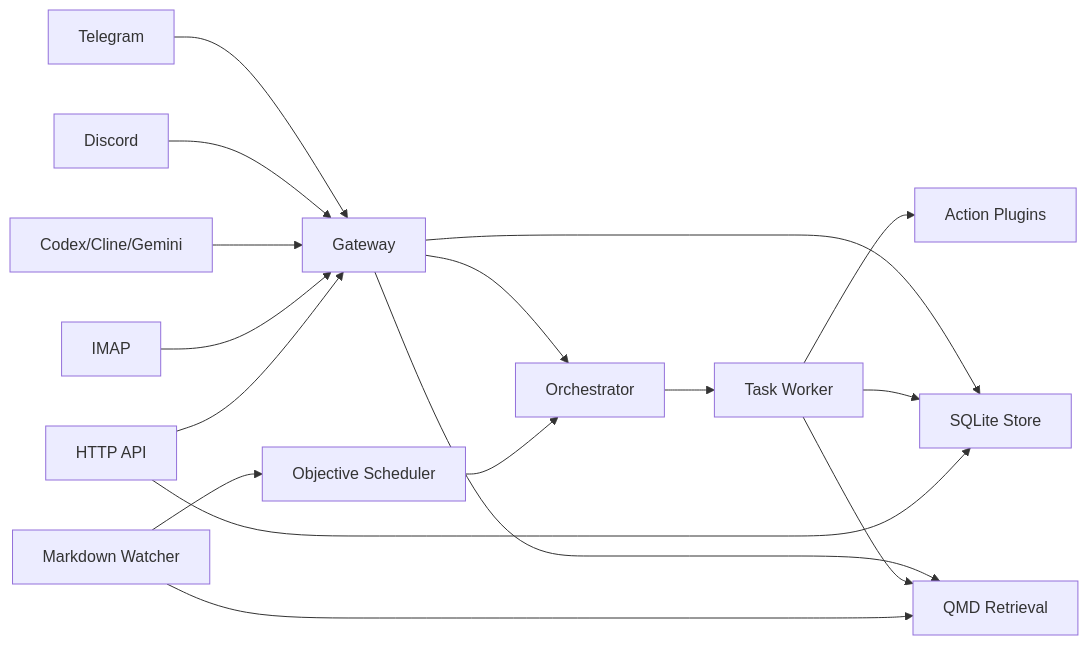
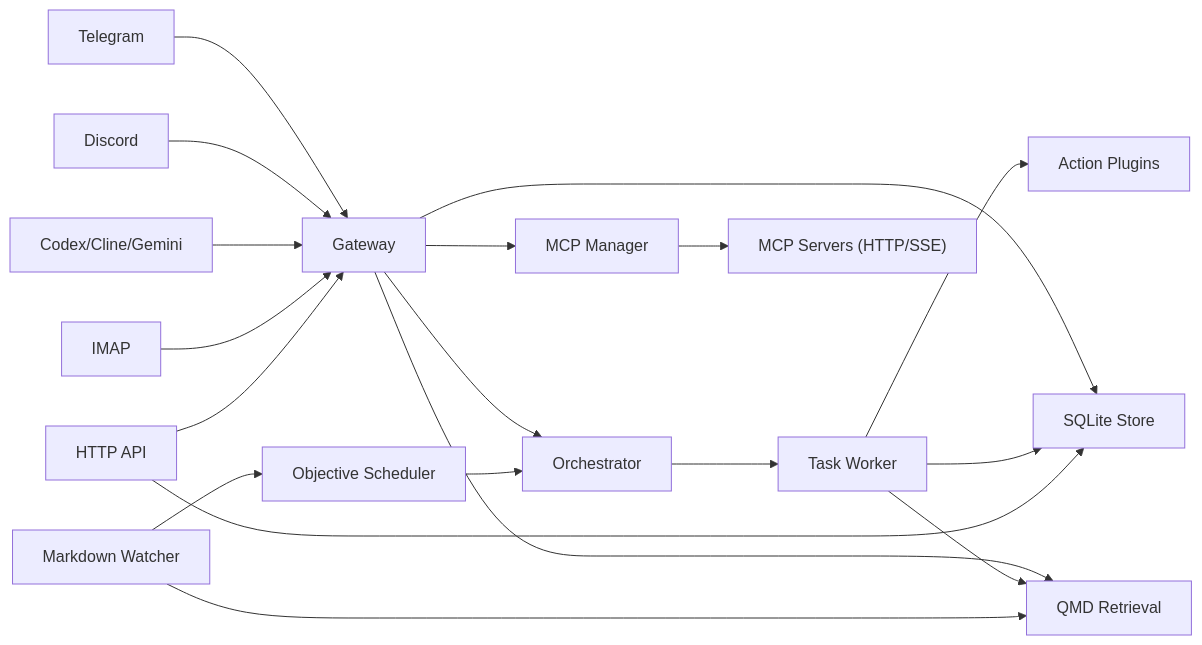
The diagram in docs/architecture.md (dwizi/agent-runtime), drawn with Mermaid before and after one commit. The commit also changed other lines of this file and 65 other files, not shown here.

````diff
--- a/docs/architecture.md
+++ b/docs/architecture.md
@@ -6,24 +6,26 @@
 ```mermaid
 flowchart LR
     Telegram["Telegram"] --> Gateway["Gateway"]
     Discord["Discord"] --> Gateway
     Codex["Codex/Cline/Gemini"] --> Gateway
     IMAP["IMAP"] --> Gateway
 
     Gateway --> Orchestrator["Orchestrator"]
     Orchestrator --> Worker["Task Worker"]
     Worker --> Plugins["Action Plugins"]
+    Gateway --> MCP["MCP Manager"]
+    MCP --> MCPServers["MCP Servers (HTTP/SSE)"]
 
     Gateway --> Store["SQLite Store"]
     Worker --> Store
 
     Gateway --> QMD["QMD Retrieval"]
     Worker --> QMD
 
     Scheduler["Objective Scheduler"] --> Orchestrator
     Watcher["Markdown Watcher"] --> Scheduler
     Watcher --> QMD
 
     API["HTTP API"] --> Gateway
     API --> Store
 ```
````
